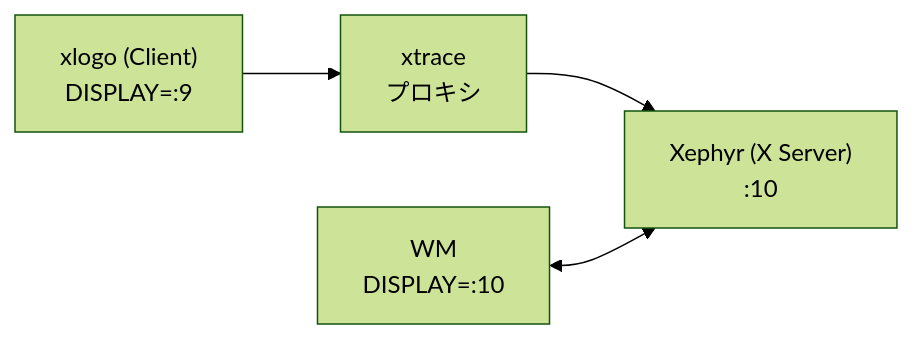
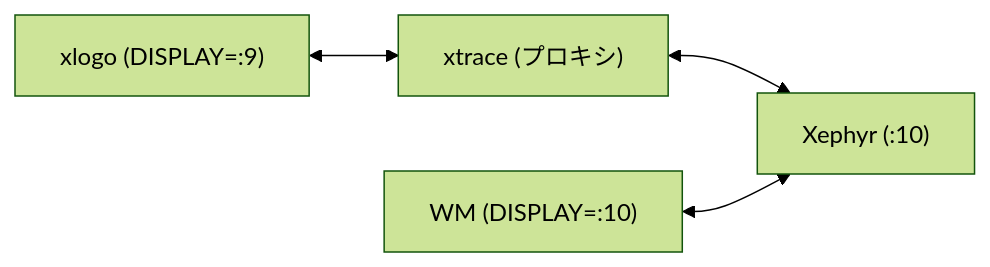
One commit to d-matsui/d-matsui.github.io changed the first of 2 diagrams in src/data/blog/x11-window-lifecycle.md. Above: the diagram before and after it, drawn with Mermaid (forest theme). The commit also changed other lines of this file and 4 other files, not shown here.

Commit message:
fix diagrams

````diff
--- a/src/data/blog/x11-window-lifecycle.md
+++ b/src/data/blog/x11-window-lifecycle.md
@@ -57,6 +41,6 @@
 ```mermaid
 flowchart LR
-    xlogo["xlogo (Client)<br/>DISPLAY=:9"] --> xtrace["xtrace<br/>プロキシ"]
-    xtrace --> Xephyr["Xephyr (X Server)<br/>:10"]
-    WM["WM<br/>DISPLAY=:10"] <--> Xephyr
+    xlogo["xlogo (DISPLAY=:9)"] <--> xtrace["xtrace (プロキシ)"]
+    xtrace <--> Xephyr["Xephyr (:10)"]
+    WM["WM (DISPLAY=:10)"] <--> Xephyr
 ```
````
